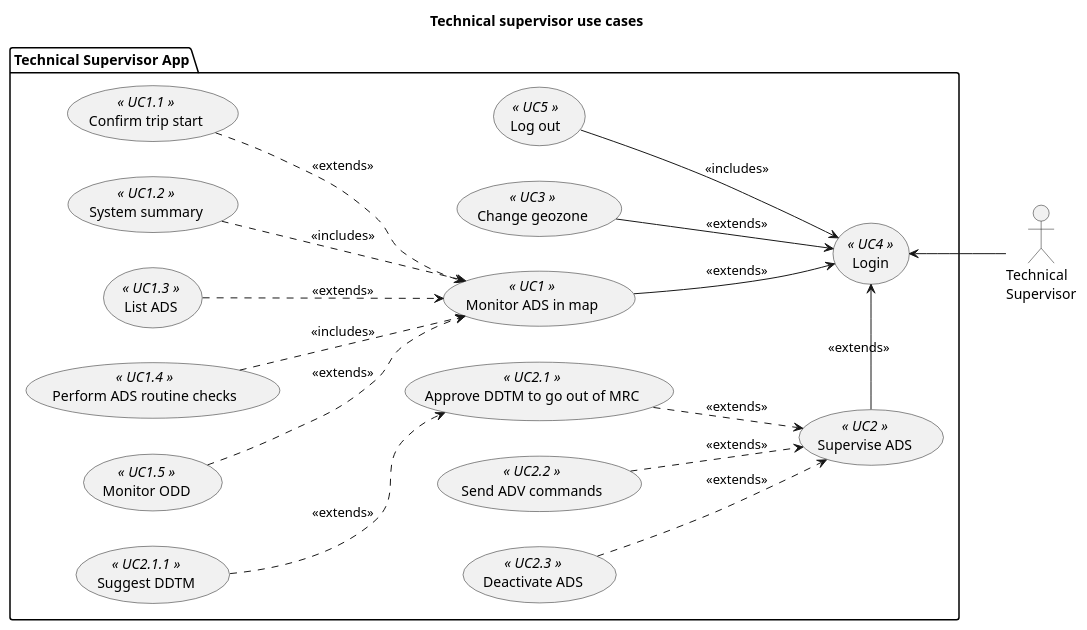
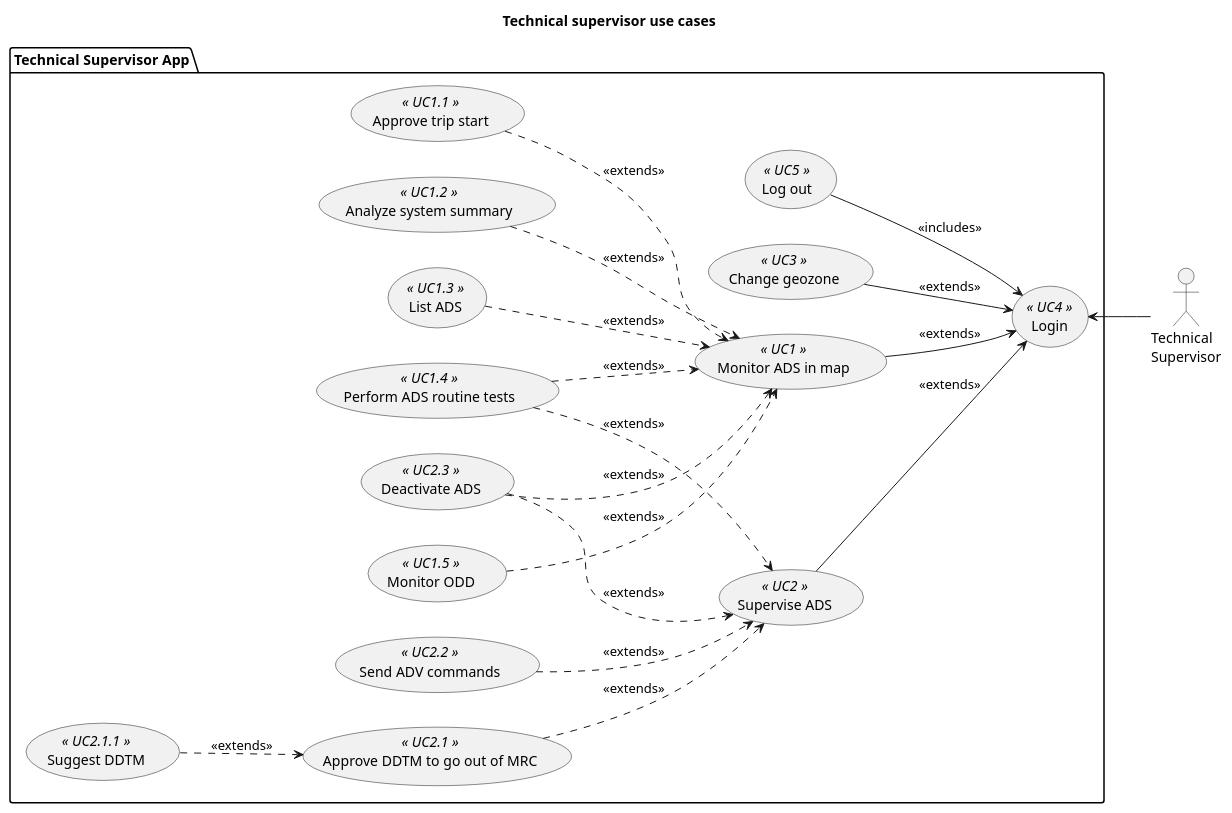
Before and after one commit to bruno-motorai/uml: the diagram in technical_supervisor/use_cases.pu, drawn with PlantUML.

Commit message:
Update use cases with mixed extends

```diff
--- a/technical_supervisor/use_cases.pu
+++ b/technical_supervisor/use_cases.pu
@@ -1,53 +1,53 @@
 @startuml ts_use_cases
 title Technical supervisor use cases
 
 left to right direction
 
 actor :Technical\nSupervisor: as TS1
 
 package "Technical Supervisor App" {
     usecase UC4 as (Login) <<  UC4  >>
     usecase UC5 as (Log out) <<  UC5  >>
     usecase UC1 as (Monitor ADS in map)<<  UC1  >>
     usecase UC2 as (Supervise ADS) <<  UC2  >>
     usecase UC3 as (Change geozone) <<  UC3  >>
 
     ' Supervise system
-    usecase UC100 as (Confirm trip start) <<  UC1.1  >>
-    usecase UC101 as (System summary) <<  UC1.2  >>
+    usecase UC100 as (Approve trip start) <<  UC1.1  >>
+    usecase UC101 as (Analyze system summary) <<  UC1.2  >>
     usecase UC102 as (List ADS) <<  UC1.3  >>
-    ' UC103 as  usecase "Confirm ADS DDT" as 
-    usecase UC104 as (Perform ADS routine checks) <<  UC1.4  >>
+    usecase UC104 as (Perform ADS routine tests) <<  UC1.4  >>
     usecase UC105 as (Monitor ODD) <<  UC1.5  >>
 
     ' Supervise ADS
     usecase UC202 as (Approve DDTM to go out of MRC) <<  UC2.1  >>
 
     ' ADS actions
     usecase UC303 as (Suggest DDTM) <<  UC2.1.1  >>
     usecase UC304 as (Send ADV commands) <<  UC2.2  >>
     usecase UC305 as (Deactivate ADS) <<  UC2.3  >>
-    ' usecase UC304 as (Send ADS commands) <<  UC2.2  >>
 }
 
 ' User connections
 TS1 -up-> UC4
 UC2 -> UC4 : <<extends>> 
 UC1 --> UC4 : <<extends>> 
 UC3 --> UC4 : <<extends>> 
 UC5 --> UC4 : <<includes>>
 
 ' Supervise system
 UC100 --> UC1 #line.dashed : <<extends>>
-UC101 --> UC1 #line.dashed : <<includes>>
+UC101 --> UC1 #line.dashed : <<extends>>
 UC102 --> UC1 #line.dashed : <<extends>>
-UC104 --> UC1 #line.dashed : <<includes>>
+UC104 --> UC1 #line.dashed : <<extends>>
 UC105 --> UC1 #line.dashed : <<extends>>
+UC305 --> UC1 #line.dashed : <<extends>>
 
 ' Supervise ADS
 UC202 --> UC2 #line.dashed : <<extends>>
 UC303 --> UC202 #line.dashed : <<extends>>
 UC304 --> UC2 #line.dashed : <<extends>>
+UC104 --> UC2 #line.dashed : <<extends>>
 UC305 --> UC2 #line.dashed : <<extends>>
 
 @enduml
```
